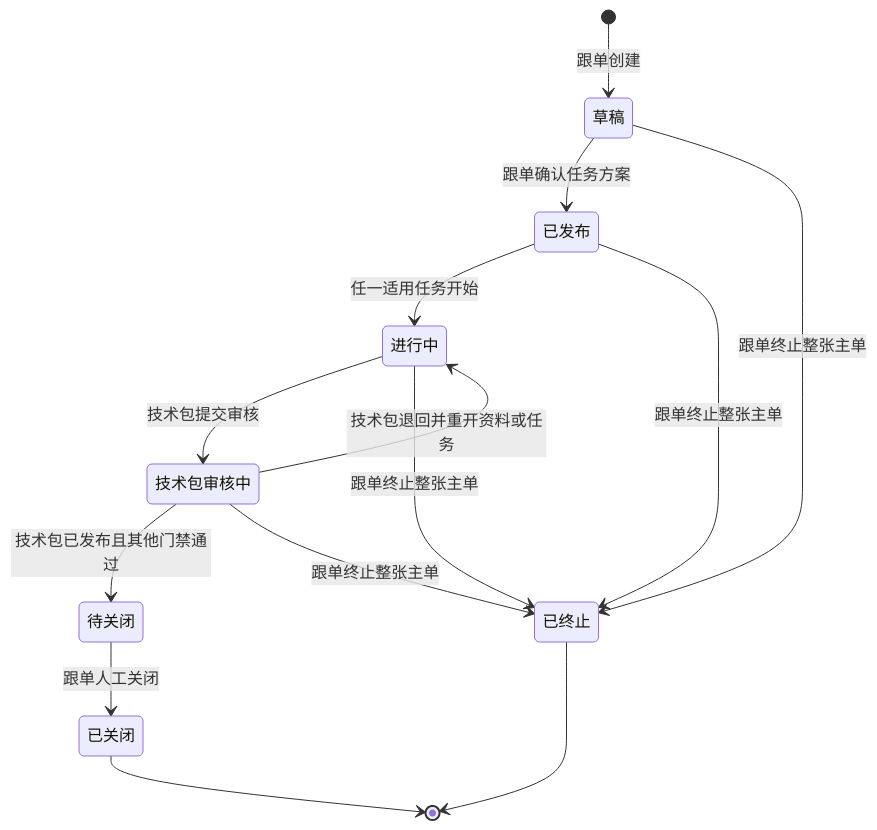
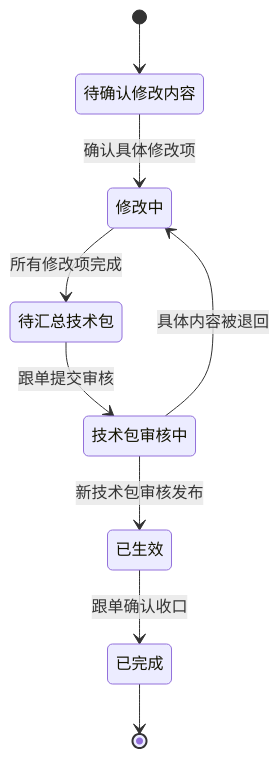
Before and after one commit to laoertongxue/higoods: the fourth of 5 diagrams in docs/product-design/PCS生产工程管理总体设计文档.md, drawn with Mermaid. The commit also changed other lines of this file and 61 other files, not shown here.

````diff
--- a/docs/product-design/PCS生产工程管理总体设计文档.md
+++ b/docs/product-design/PCS生产工程管理总体设计文档.md
@@ -767,16 +243,11 @@
 ```mermaid
 stateDiagram-v2
-    [*] --> 草稿: 跟单创建
-    草稿 --> 已发布: 跟单确认任务方案
-    已发布 --> 进行中: 任一适用任务开始
-    进行中 --> 技术包审核中: 技术包提交审核
-    技术包审核中 --> 进行中: 技术包退回并重开资料或任务
-    技术包审核中 --> 待关闭: 技术包已发布且其他门禁通过
-    待关闭 --> 已关闭: 跟单人工关闭
-    草稿 --> 已终止: 跟单终止整张主单
-    已发布 --> 已终止: 跟单终止整张主单
-    进行中 --> 已终止: 跟单终止整张主单
-    技术包审核中 --> 已终止: 跟单终止整张主单
-    已关闭 --> [*]
-    已终止 --> [*]
+  [*] --> 待确认修改内容
+  待确认修改内容 --> 修改中: 确认具体修改项
+  修改中 --> 待汇总技术包: 所有修改项完成
+  待汇总技术包 --> 技术包审核中: 跟单提交审核
+  技术包审核中 --> 修改中: 具体内容被退回
+  技术包审核中 --> 已生效: 新技术包审核发布
+  已生效 --> 已完成: 跟单确认收口
+  已完成 --> [*]
 ```
````
